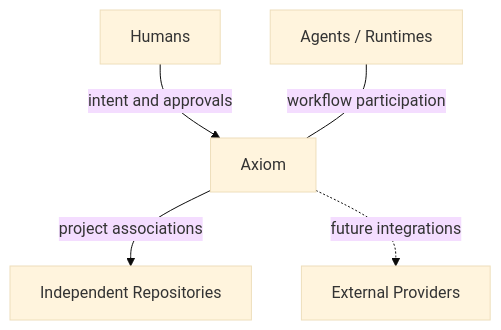
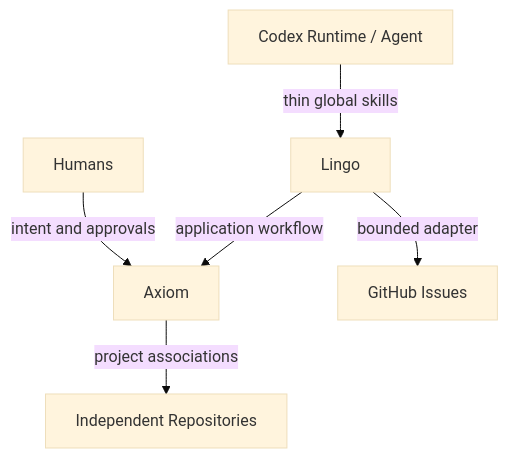
The second of 2 diagrams in README.md (rgomids/axiom), drawn with Mermaid (base theme) before and after one commit. The commit also changed other lines of this file and 10 other files, not shown here.

````diff
--- a/README.md
+++ b/README.md
@@ -113,7 +126,8 @@
 ```mermaid
 flowchart TB
     H["Humans"] -->|intent and approvals| A["Axiom"]
-    R["Agents / Runtimes"] ---|workflow participation| A
+    R["Codex Runtime / Agent"] -->|thin global skills| L["Lingo"]
+    L -->|application workflow| A
     A -->|project associations| G["Independent Repositories"]
-    A -. future integrations .-> P["External Providers"]
+    L -->|bounded adapter| P["GitHub Issues"]
 ```
````
